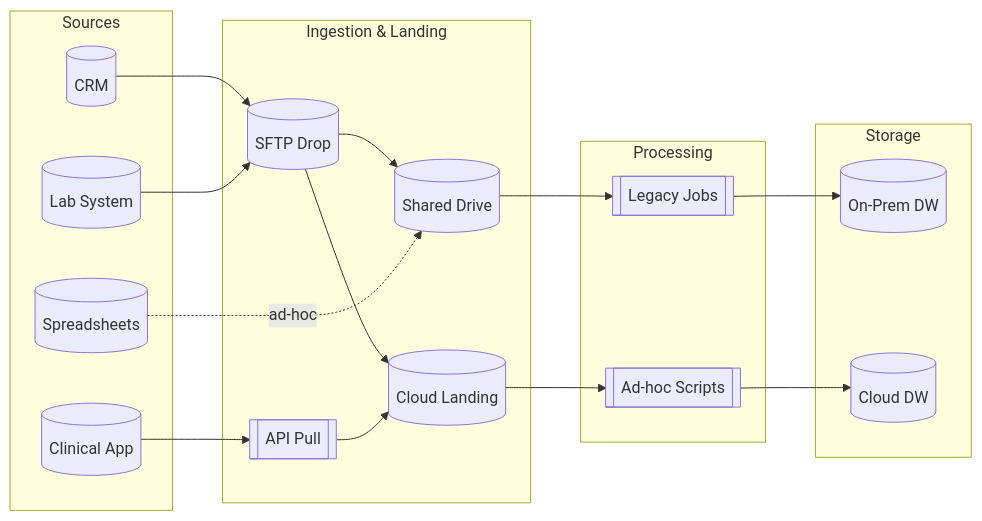
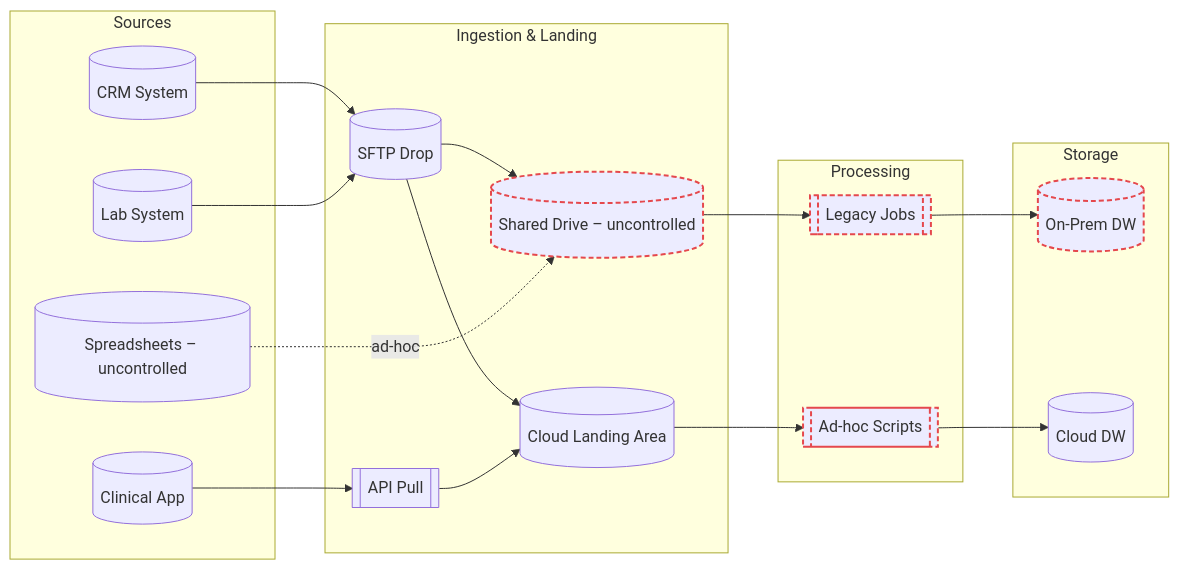
Before and after one commit to mlogan914/mlogan914.github.io: the first of 3 diagrams in _posts/2025-08-27-fragmented-data-flows-to-governed-data-pipelines.md.md, drawn with Mermaid. The commit also changed other lines of this file, not shown here.

````diff
--- a/_posts/2025-08-27-fragmented-data-flows-to-governed-data-pipelines.md.md
+++ b/_posts/2025-08-27-fragmented-data-flows-to-governed-data-pipelines.md.md
@@ -49,34 +49,42 @@
 ```mermaid
 flowchart LR
+  %% Sources
   subgraph SRC[Sources]
-    CRM[(CRM)]
+    CRM[(CRM System)]
     EHR[(Clinical App)]
     LIMS[(Lab System)]
-    Sheets[(Spreadsheets)]
+    Sheets[(Spreadsheets – uncontrolled)]
   end
 
+  %% Ingestion & Landing
   subgraph ING[Ingestion & Landing]
     SFTP[(SFTP Drop)]
     API[[API Pull]]
-    NAS[(Shared Drive)]
-    Intake[(Cloud Landing)]
+    NAS[(Shared Drive – uncontrolled)]:::problem
+    Intake[(Cloud Landing Area)]
   end
 
+  %% Processing
   subgraph PROC[Processing]
-    Legacy[[Legacy Jobs]]
-    Scripts[[Ad-hoc Scripts]]
+    Legacy[[Legacy Jobs]]:::problem
+    Scripts[[Ad-hoc Scripts]]:::problem
   end
 
+  %% Storage
   subgraph STORE[Storage]
-    OnDW[(On-Prem DW)]
+    OnDW[(On-Prem DW)]:::problem
     Cloud[(Cloud DW)]
   end
 
+  %% Flows
   CRM --> SFTP --> Intake
   EHR --> API --> Intake
   LIMS --> SFTP --> NAS
   Sheets -. ad-hoc .-> NAS
 
   Intake --> Scripts --> Cloud
   NAS --> Legacy --> OnDW
+
+  %% Styling
+  classDef problem stroke-dasharray:5 3,stroke:#e5484d,stroke-width:2px;
 ```
````
